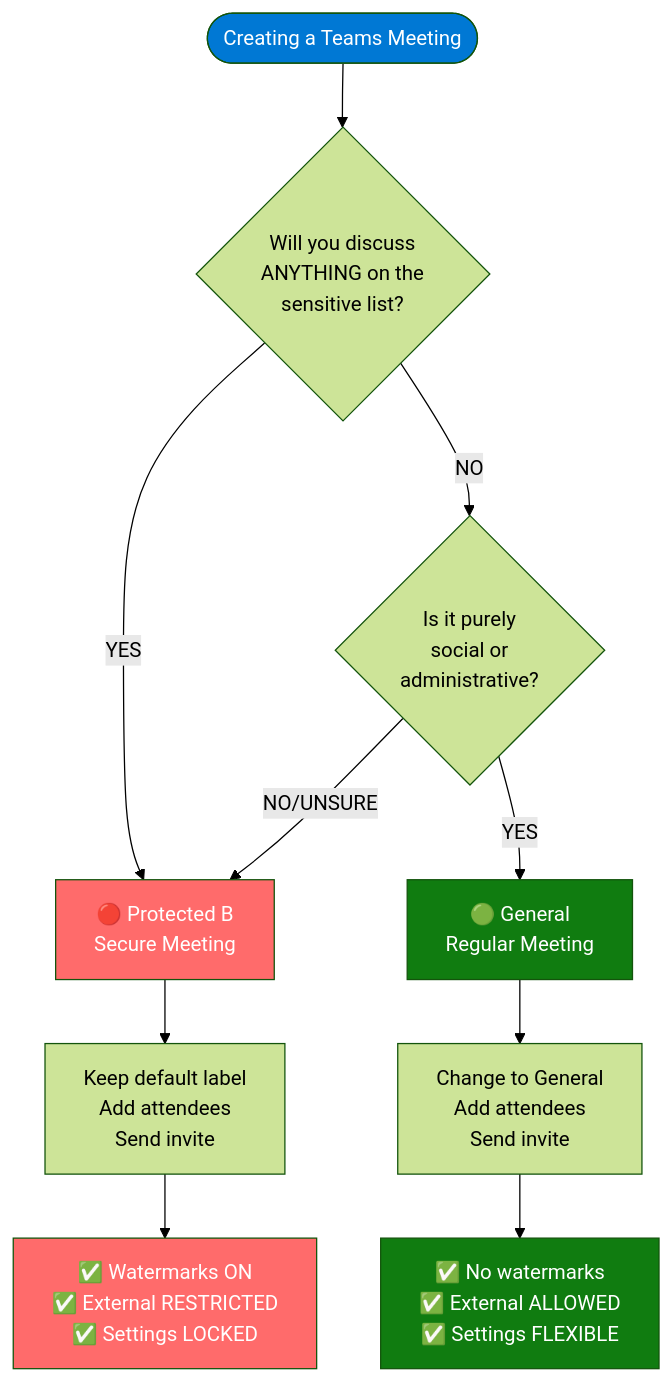
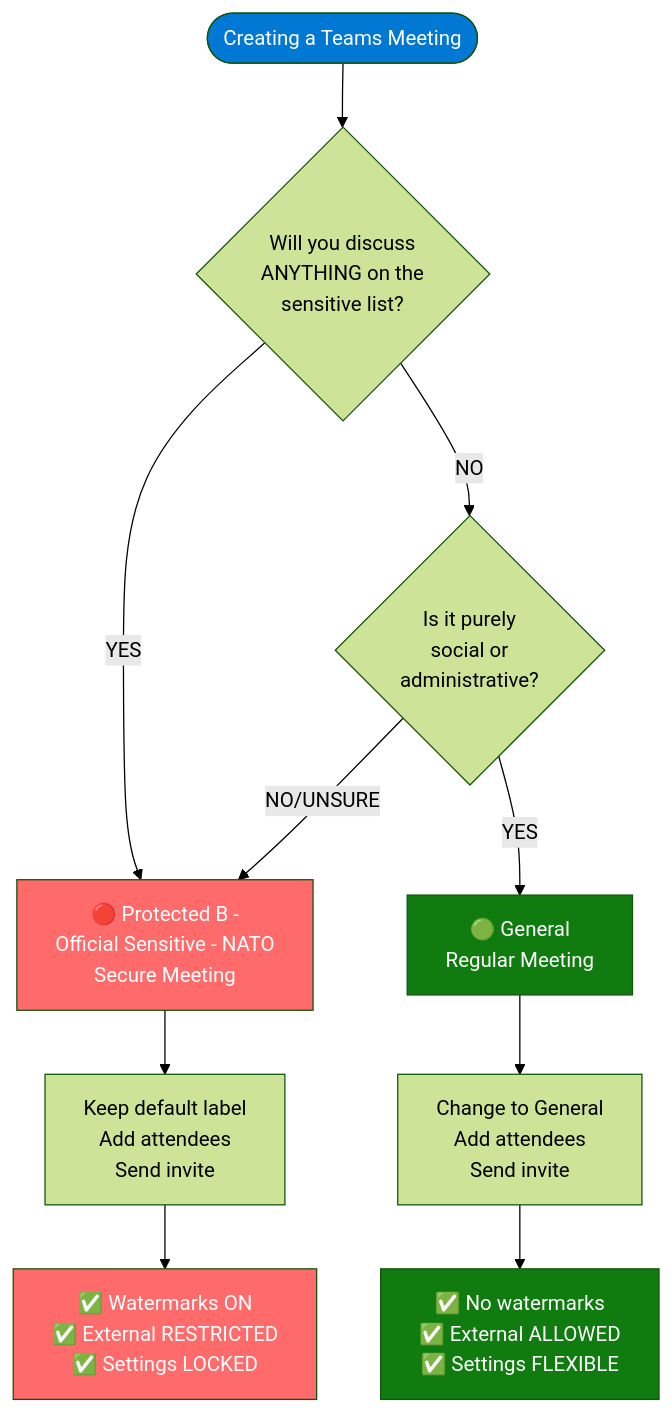
Before and after one commit to Cloudstrucc/Public: the first of 4 diagrams in docs/Teams/latest/package/DECISION-TREE-VISUAL-GUIDE.md, drawn with Mermaid (forest theme). The commit also changed other lines of this file, not shown here.

````diff
--- a/docs/Teams/latest/package/DECISION-TREE-VISUAL-GUIDE.md
+++ b/docs/Teams/latest/package/DECISION-TREE-VISUAL-GUIDE.md
@@ -25,22 +25,22 @@
 ```mermaid
 flowchart TD
     Start([Creating a Teams Meeting]) --> Q1{Will you discuss<br/>ANYTHING on the<br/>sensitive list?}
     
-    Q1 -->|YES| Secure[🔴 Protected B<br/>Secure Meeting]
+    Q1 -->|YES| Secure[🔴 Protected B -<br/>Official Sensitive - NATO<br/>Secure Meeting]
     Q1 -->|NO| Q2{Is it purely<br/>social or<br/>administrative?}
     
     Q2 -->|YES| Regular[🟢 General<br/>Regular Meeting]
     Q2 -->|NO/UNSURE| Secure
     
     Secure --> Action1[Keep default label<br/>Add attendees<br/>Send invite]
     Regular --> Action2[Change to General<br/>Add attendees<br/>Send invite]
     
     Action1 --> Result1[✅ Watermarks ON<br/>✅ External RESTRICTED<br/>✅ Settings LOCKED]
     Action2 --> Result2[✅ No watermarks<br/>✅ External ALLOWED<br/>✅ Settings FLEXIBLE]
     
     style Start fill:#0078d4,color:#fff
     style Secure fill:#ff6b6b,color:#fff
     style Regular fill:#107c10,color:#fff
     style Result1 fill:#ff6b6b,color:#fff
     style Result2 fill:#107c10,color:#fff
 ```
````
